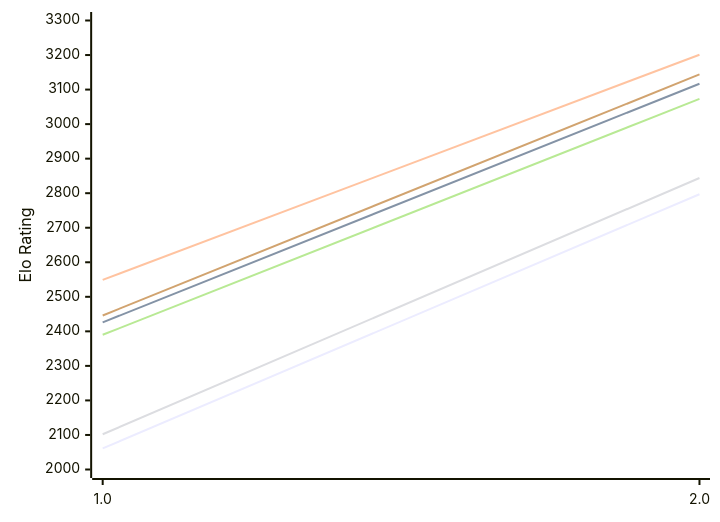
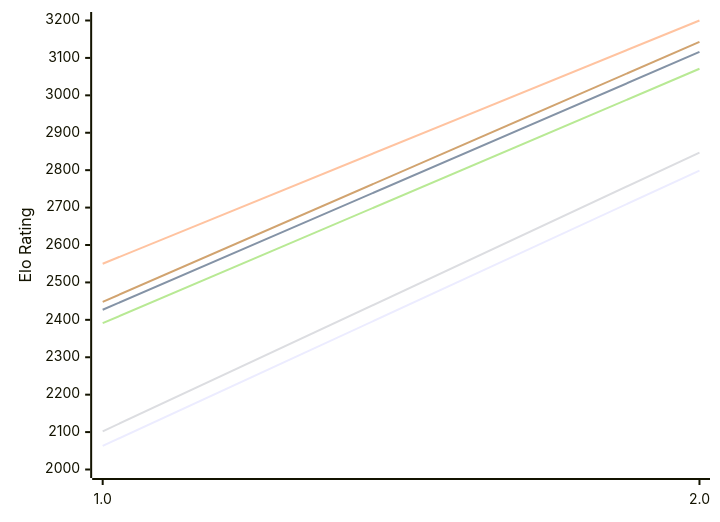
One commit to computer-chess-index/cci changed the diagram in engines/Scarlet.md. Above: the diagram before and after it, drawn with Mermaid. The commit also changed other lines of this file, not shown here.

Commit message:
Update CCI Ratings (ELO VLTC) - 2026-11-19

````diff
--- a/engines/Scarlet.md
+++ b/engines/Scarlet.md
@@ -49,12 +49,12 @@
 ```mermaid
 %%{init: {"theme":"base","themeVariables":{"seriesColors:['#a3a3a3','#222221','#faa371']}}}%%
 xychart-beta
   x-axis ["1.0", "2.0"]
-  y-axis "Elo Rating" 2000 --> 3300
-  line "E1: STC (8.0+0.08s)" [2061, 2797]
-  line "E1: LTC (60.0+0.60s)" [2426, 3117]
-  line "E1: VLTC (2m24s+1.12s)" [2549, 3201]
-  line "P1: STC (8.0+0.08s)" [2102, 2844]
-  line "P1: LTC (60.0+0.60s)" [2390, 3073]
-  line "P1: VLTC (2m24s+1.12s)" [2446, 3144]
+  y-axis "Elo Rating" 2000 --> 3200
+  line "E1: STC (8.0+0.08s)" [2063, 2799]
+  line "E1: LTC (60.0+0.60s)" [2427, 3116]
+  line "E1: VLTC (2m24s+1.12s)" [2550, 3200]
+  line "P1: STC (8.0+0.08s)" [2102, 2847]
+  line "P1: LTC (60.0+0.60s)" [2391, 3071]
+  line "P1: VLTC (2m24s+1.12s)" [2448, 3143]
 ```
````
